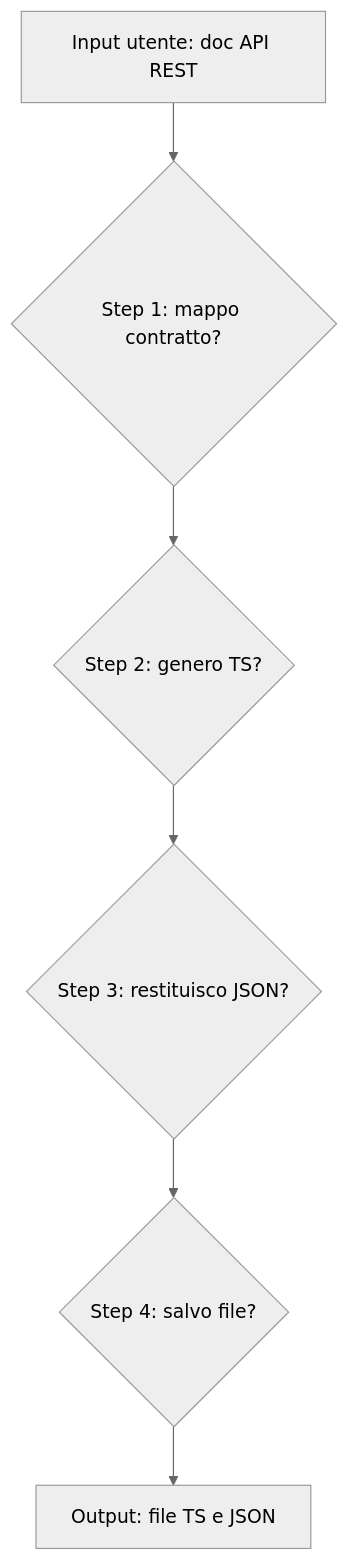
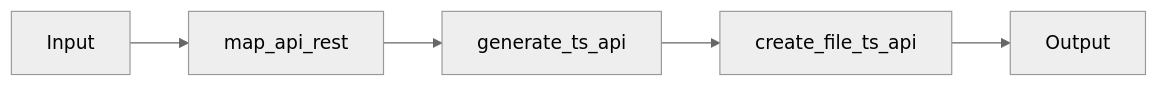
One commit to pittalavito/dev-agent-ideathon changed the diagram in README.md. Above: the diagram before and after it, drawn with Mermaid (neutral theme). The commit also changed other lines of this file, not shown here.

````diff
--- a/README.md
+++ b/README.md
@@ -47,15 +49,4 @@
 ```mermaid
-flowchart TD
-    A[Input utente: doc API REST]
-    B{Step 1: mappo contratto?}
-    C{Step 2: genero TS?}
-    D{Step 3: restituisco JSON?}
-    E{Step 4: salvo file?}
-    F[Output: file TS e JSON]
-
-    A --> B
-    B --> C
-    C --> D
-    D --> E
-    E --> F
+flowchart LR
+  A[Input] --> B[map_api_rest] --> C[generate_ts_api] --> D[create_file_ts_api] --> E[Output]
 ```
````
